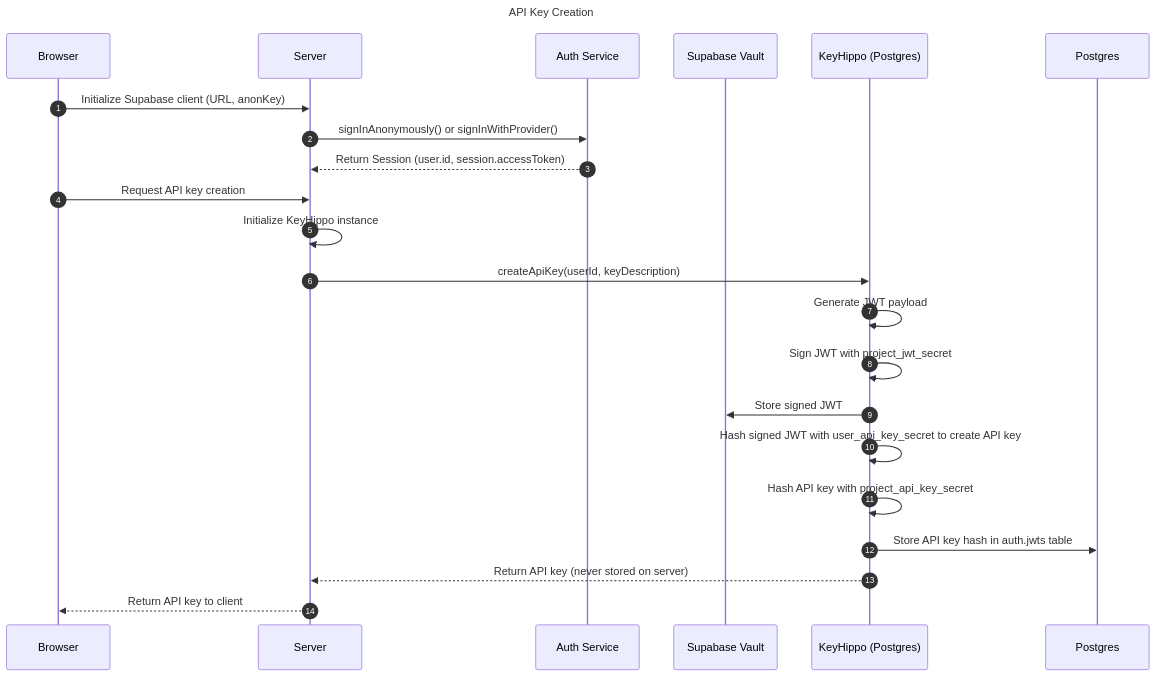
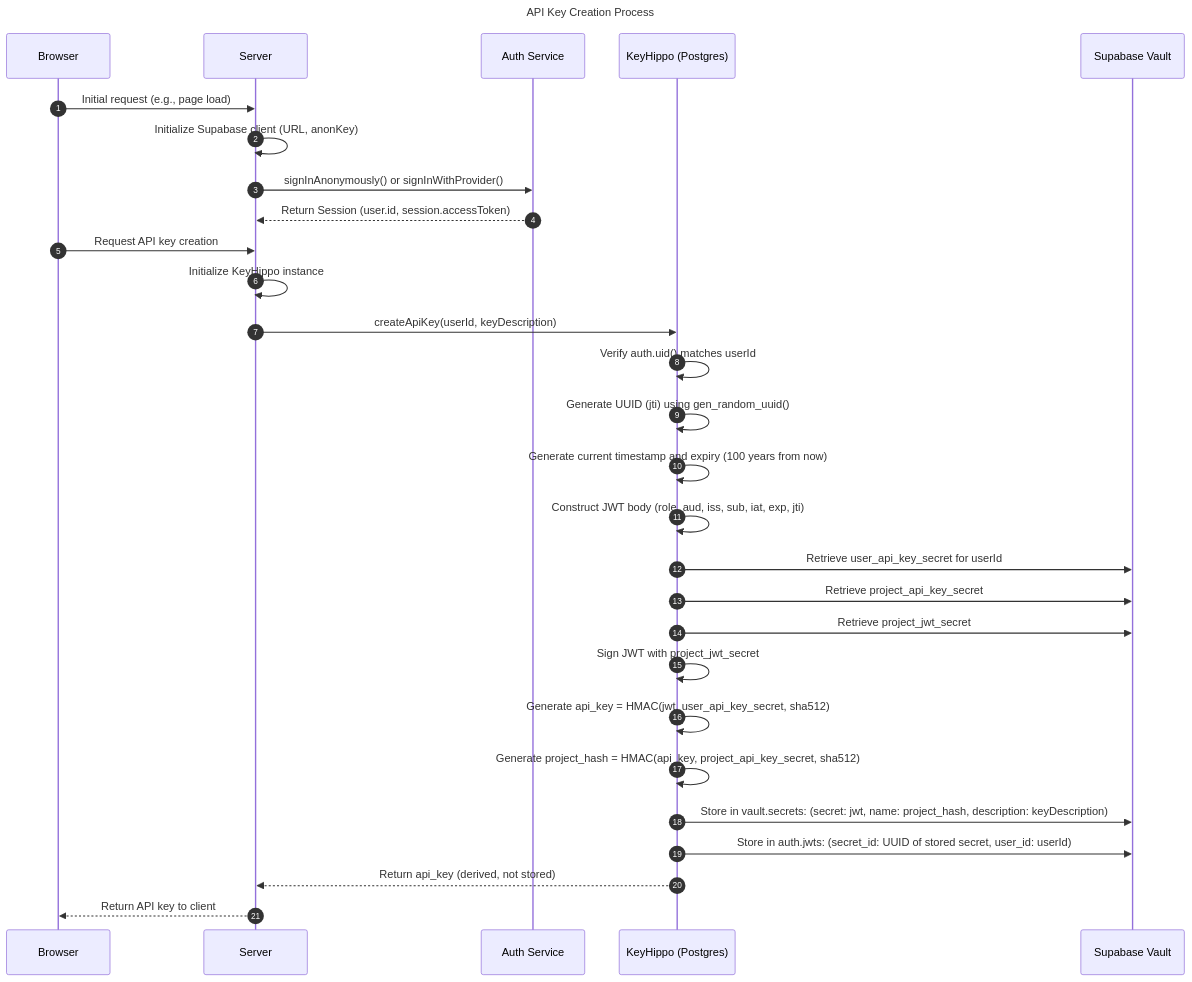
One commit to integrated-reasoning/KeyHippo changed the first of 2 diagrams in README.md. Above: the diagram before and after it, drawn with Mermaid.

Commit message:
docs: clarify process diagrams

````diff
--- a/README.md
+++ b/README.md
@@ -76,27 +76,33 @@
 ```mermaid
 sequenceDiagram
-    title: API Key Creation
+    title: API Key Creation Process
     autonumber
     participant B as Browser
     participant S as Server
     participant A as Auth Service
+    participant K as KeyHippo (Postgres)
     participant V as Supabase Vault
-    participant K as KeyHippo (Postgres)
-    participant P as Postgres
 
-    B->>S: Initialize Supabase client (URL, anonKey)
+    B->>S: Initial request (e.g., page load)
+    S->>S: Initialize Supabase client (URL, anonKey)
     S->>A: signInAnonymously() or signInWithProvider()
     A-->>S: Return Session (user.id, session.accessToken)
     B->>S: Request API key creation
     S->>S: Initialize KeyHippo instance
     S->>K: createApiKey(userId, keyDescription)
-    K->>K: Generate JWT payload
+    K->>K: Verify auth.uid() matches userId
+    K->>K: Generate UUID (jti) using gen_random_uuid()
+    K->>K: Generate current timestamp and expiry (100 years from now)
+    K->>K: Construct JWT body (role, aud, iss, sub, iat, exp, jti)
+    K->>V: Retrieve user_api_key_secret for userId
+    K->>V: Retrieve project_api_key_secret
+    K->>V: Retrieve project_jwt_secret
     K->>K: Sign JWT with project_jwt_secret
-    K->>V: Store signed JWT
-    K->>K: Hash signed JWT with user_api_key_secret to create API key
-    K->>K: Hash API key with project_api_key_secret
-    K->>P: Store API key hash in auth.jwts table
-    K-->>S: Return API key (never stored on server)
+    K->>K: Generate api_key = HMAC(jwt, user_api_key_secret, sha512)
+    K->>K: Generate project_hash = HMAC(api_key, project_api_key_secret, sha512)
+    K->>V: Store in vault.secrets: (secret: jwt, name: project_hash, description: keyDescription)
+    K->>V: Store in auth.jwts: (secret_id: UUID of stored secret, user_id: userId)
+    K-->>S: Return api_key (derived, not stored)
     S-->>B: Return API key to client
 
 ```
````
